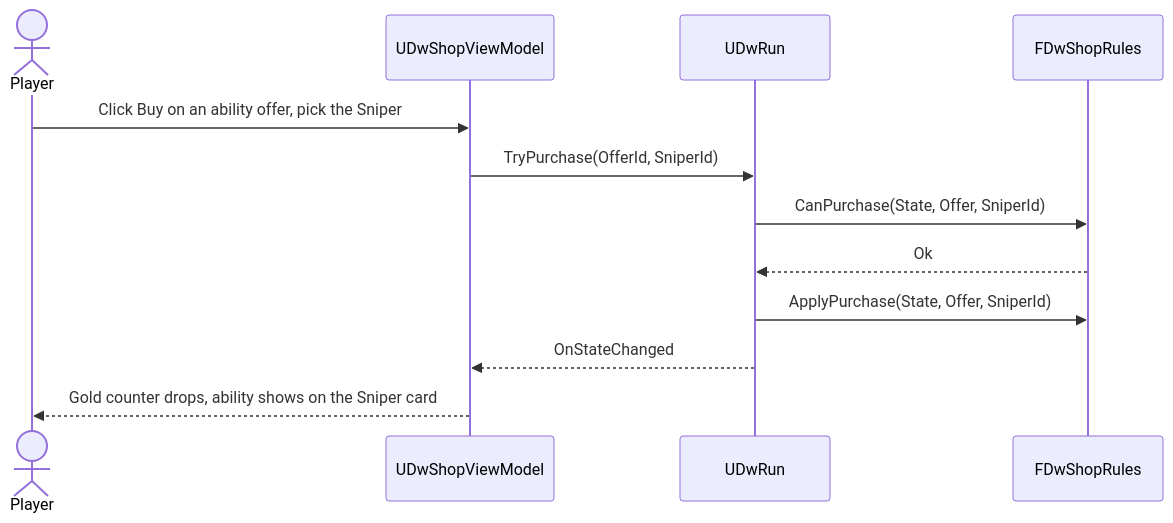
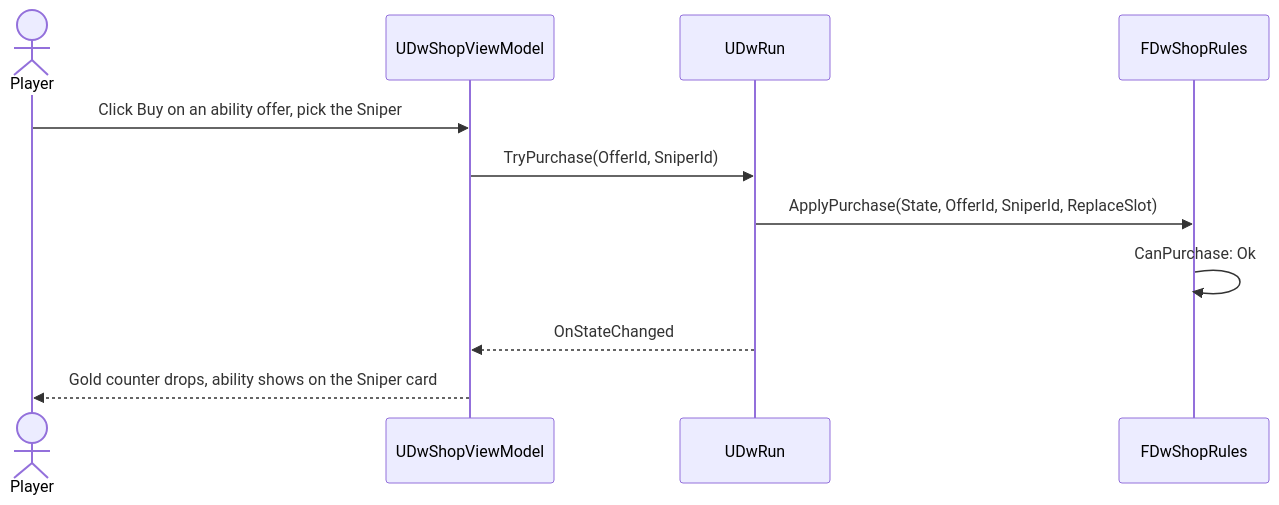
The diagram in Docs/Architecture/10-Economy-Shop-Loot.md (bhillig/deadwater-run), drawn with Mermaid before and after one commit. The commit also changed other lines of this file and 55 other files, not shown here.

````diff
--- a/Docs/Architecture/10-Economy-Shop-Loot.md
+++ b/Docs/Architecture/10-Economy-Shop-Loot.md
@@ -39,14 +50,13 @@
 ```mermaid
 sequenceDiagram
     actor Player
     participant VM as UDwShopViewModel
     participant Run as UDwRun
     participant Rules as FDwShopRules
     Player->>VM: Click Buy on an ability offer, pick the Sniper
     VM->>Run: TryPurchase(OfferId, SniperId)
-    Run->>Rules: CanPurchase(State, Offer, SniperId)
-    Rules-->>Run: Ok
-    Run->>Rules: ApplyPurchase(State, Offer, SniperId)
+    Run->>Rules: ApplyPurchase(State, OfferId, SniperId, ReplaceSlot)
+    Rules->>Rules: CanPurchase: Ok
     Run-->>VM: OnStateChanged
     VM-->>Player: Gold counter drops, ability shows on the Sniper card
 ```
````
